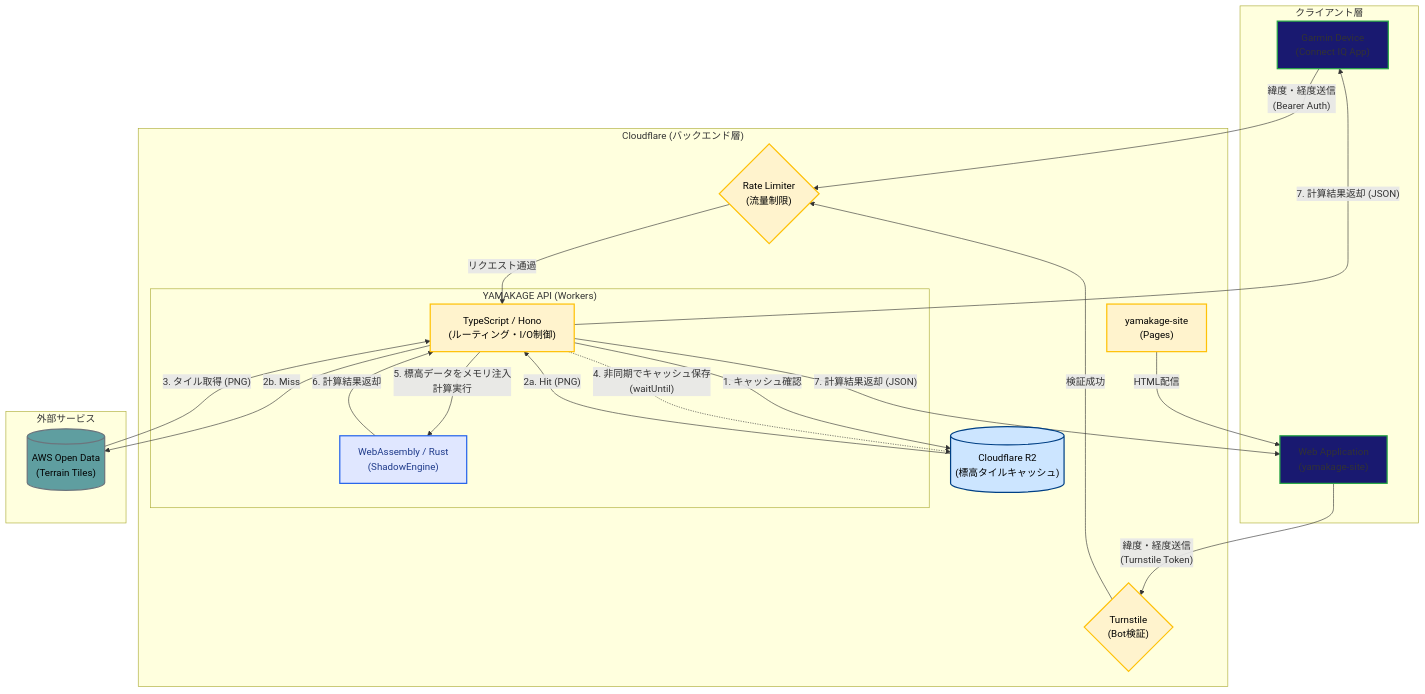
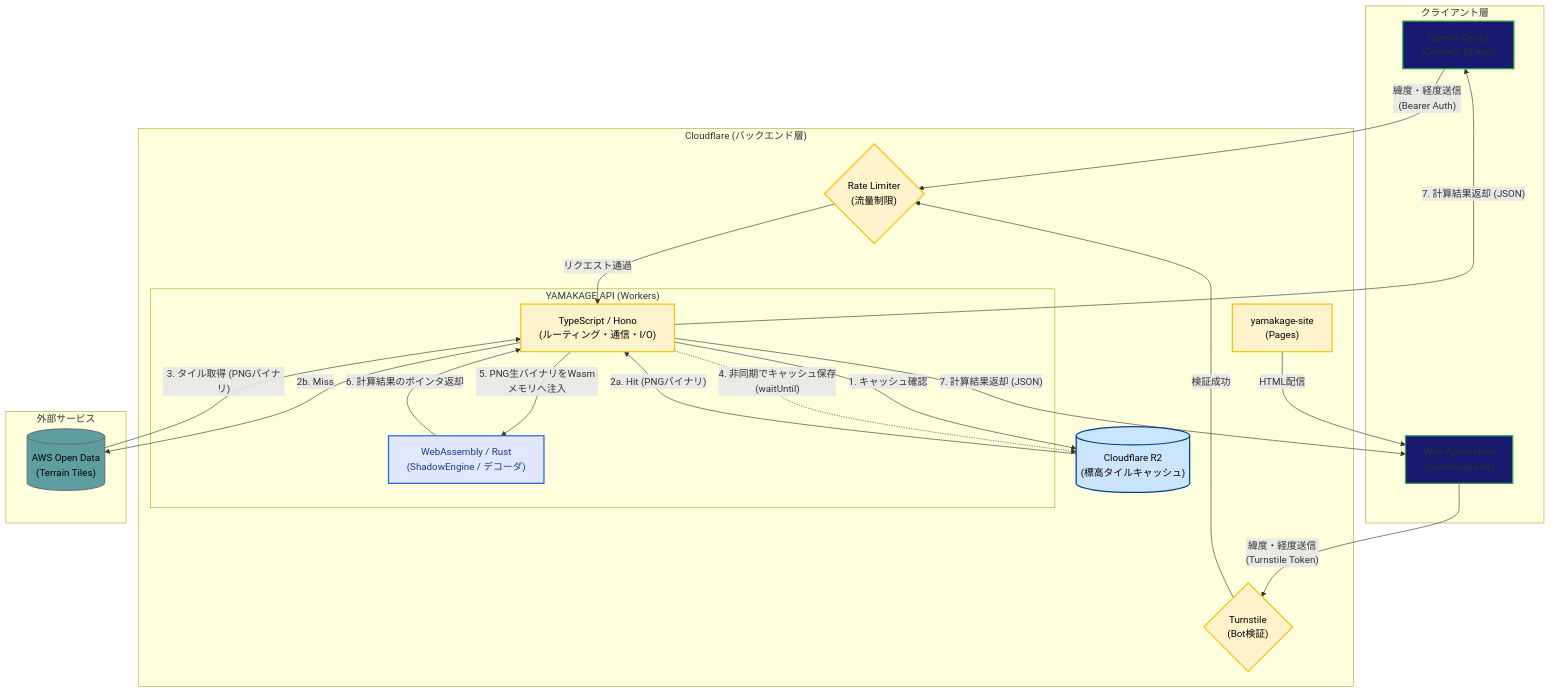
The diagram in docs/architecture/system-context.jpn.md (tomopumipumi/yamakage), drawn with Mermaid before and after one commit. The commit also changed other lines of this file and 7 other files, not shown here.

````diff
--- a/docs/architecture/system-context.jpn.md
+++ b/docs/architecture/system-context.jpn.md
@@ -13,49 +9,50 @@
 ```mermaid
 flowchart TB
     classDef client fill:#191970,stroke:#28a745,stroke-width:2px;
     classDef cloudflare fill:#fff3cd,color:#000,stroke:#ffc107,stroke-width:2px;
     classDef wasm fill:#e0e7ff,color:#1e3a8a,stroke:#2563eb,stroke-width:2px;
     classDef external fill:#5f9ea0 ,color:#000,stroke:#6c757d,stroke-width:2px;
     classDef database fill:#cce5ff,color:#000,stroke:#004085,stroke-width:2px;
 
     subgraph Clients ["クライアント層"]
         Garmin["Garmin Device\n(Connect IQ App)"]:::client
         Web["Web Application\n(yamakage-site)"]:::client
     end
 
     subgraph Cloudflare ["Cloudflare (バックエンド層)"]
         Turnstile{"Turnstile<br/>(Bot検証)"}:::cloudflare
         RateLimiter{"Rate Limiter<br/>(流量制限)"}:::cloudflare
         
         subgraph API_Layer ["YAMAKAGE API (Workers)"]
-            API["TypeScript / Hono<br/>(ルーティング・I/O制御)"]:::cloudflare
-            WASM["WebAssembly / Rust<br/>(ShadowEngine)"]:::wasm
+            API["TypeScript / Hono<br/>(ルーティング・通信・I/O)"]:::cloudflare
+            WASM["WebAssembly / Rust<br/>(ShadowEngine / デコーダ)"]:::wasm
         end
 
         R2[("Cloudflare R2<br/>(標高タイルキャッシュ)")]:::database
         Pages["yamakage-site<br/>(Pages)"]:::cloudflare
     end
 
     subgraph External ["外部サービス"]
         AWS[("AWS Open Data<br/>(Terrain Tiles)")]:::external
     end
 
     Garmin -- "緯度・経度送信<br/>(Bearer Auth)" --> RateLimiter
     Web -- "緯度・経度送信<br/>(Turnstile Token)" --> Turnstile
     Turnstile -- "検証成功" --> RateLimiter
     RateLimiter -- "リクエスト通過" --> API
     Pages -- "HTML配信" --> Web
 
     API -- "1. キャッシュ確認" --> R2
-    R2 -- "2a. Hit (PNG)" --> API
+    R2 -- "2a. Hit (PNGバイナリ)" --> API
     API -- "2b. Miss" --> AWS
-    AWS -- "3. タイル取得 (PNG)" --> API
+    AWS -- "3. タイル取得 (PNGバイナリ)" --> API
     API -. "4. 非同期でキャッシュ保存<br/>(waitUntil)" .-> R2
 
-    API -- "5. 標高データをメモリ注入<br/>計算実行" --> WASM
-    WASM -- "6. 計算結果返却" --> API
+    API -- "5. PNG生バイナリをWasmメモリへ注入" --> WASM
+    WASM -- "6. 計算結果のポインタ返却" --> API
     
     API -- "7. 計算結果返却 (JSON)" --> Garmin
     API -- "7. 計算結果返却 (JSON)" --> Web
 
+
 ```
````
